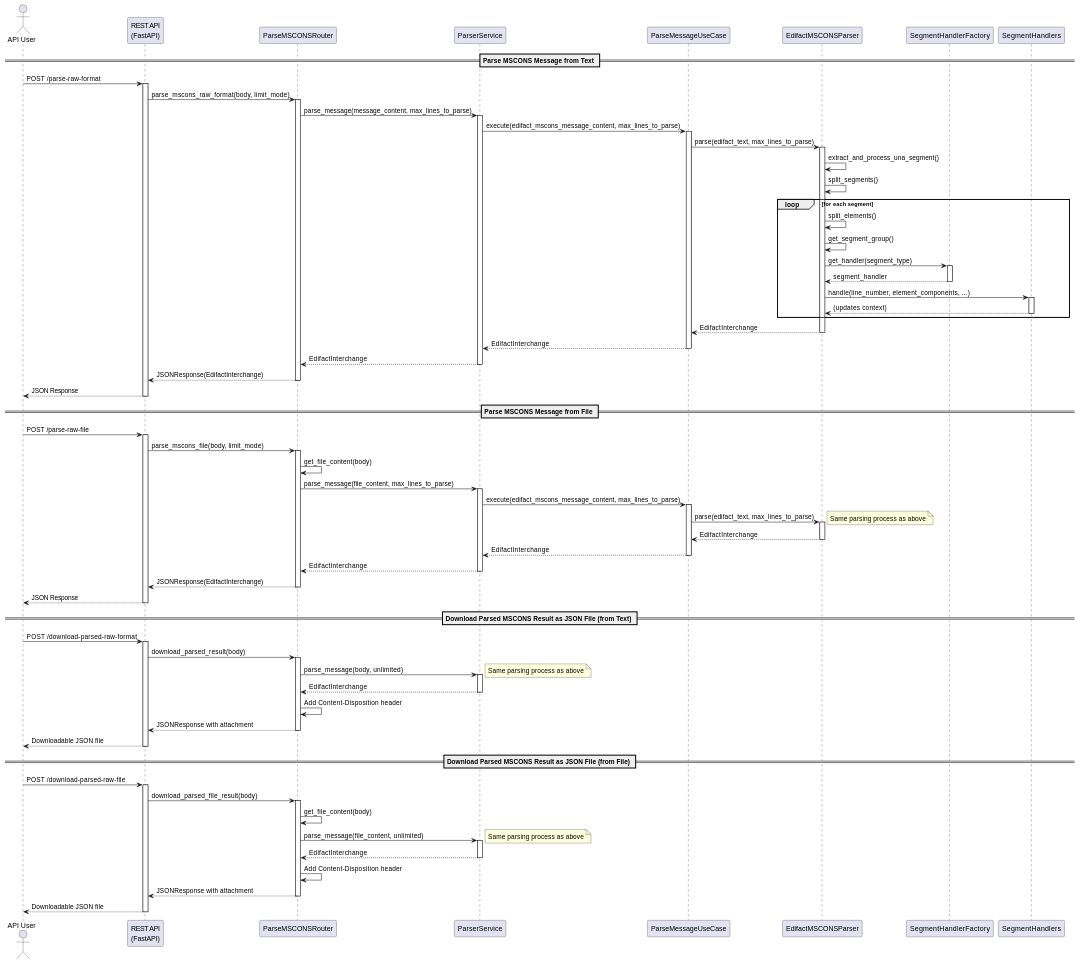
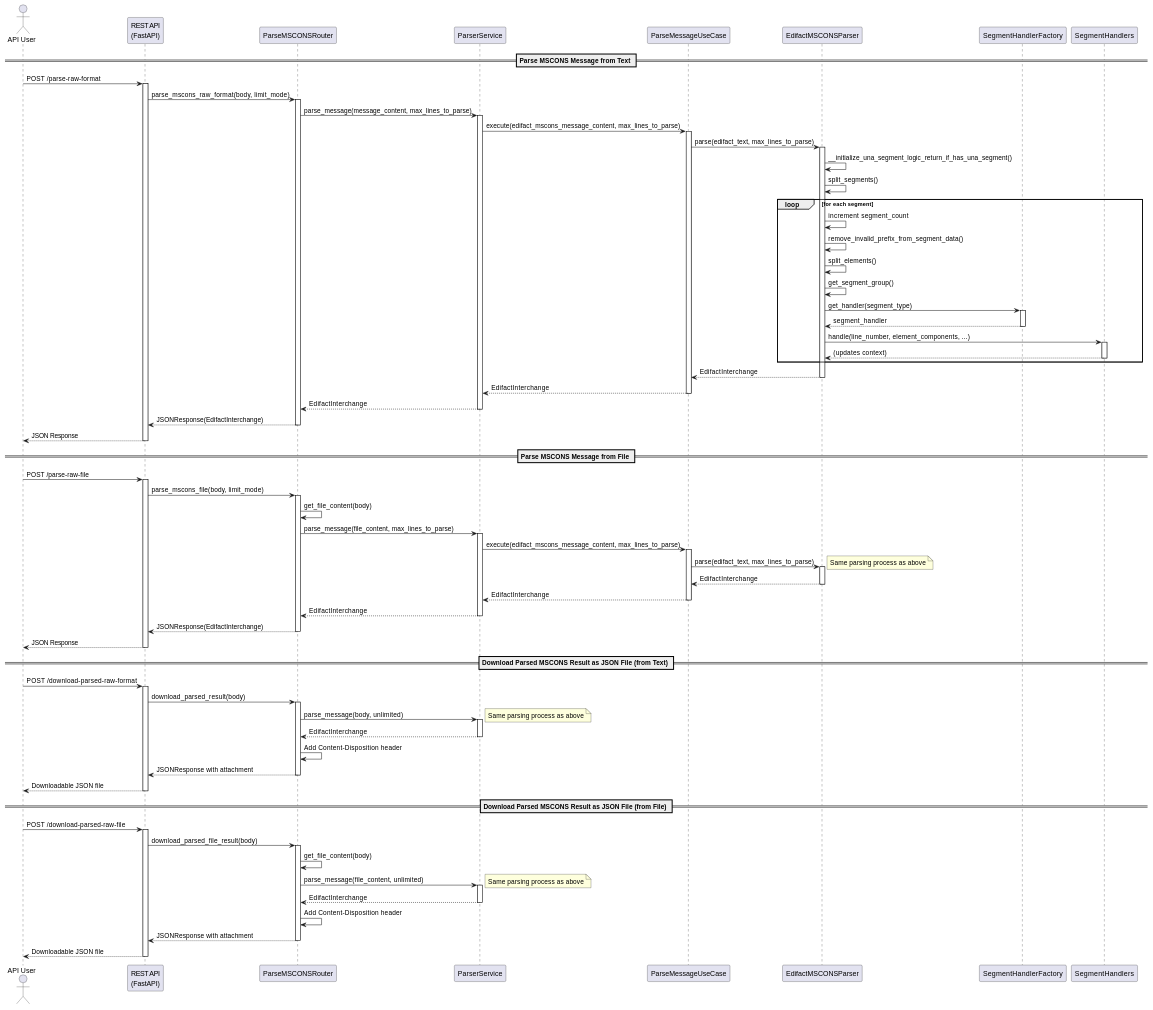
One commit to h2nguyen/mscons-restify changed the fourth of 5 diagrams in docs/architecture.md. Above: the diagram before and after it, drawn with PlantUML. The commit also changed 10 other files, not shown here.

```diff
--- a/docs/architecture.md
+++ b/docs/architecture.md
@@ -367,10 +367,12 @@
 UseCase -> Parser: parse(edifact_text, max_lines_to_parse)
 activate Parser
 
-Parser -> Parser: extract_and_process_una_segment()
+Parser -> Parser: __initialize_una_segment_logic_return_if_has_una_segment()
 Parser -> Parser: split_segments()
 
 loop for each segment
+    Parser -> Parser: increment segment_count
+    Parser -> Parser: remove_invalid_prefix_from_segment_data()
     Parser -> Parser: split_elements()
     Parser -> Parser: get_segment_group()
     Parser -> Factory: get_handler(segment_type)
```
